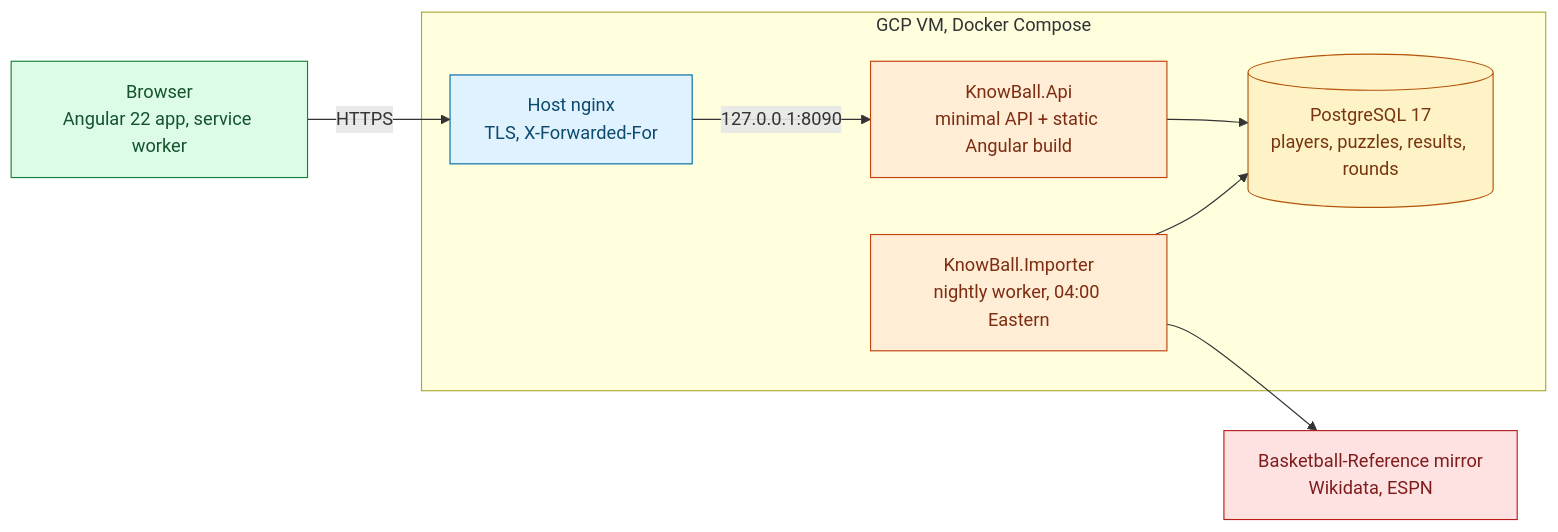
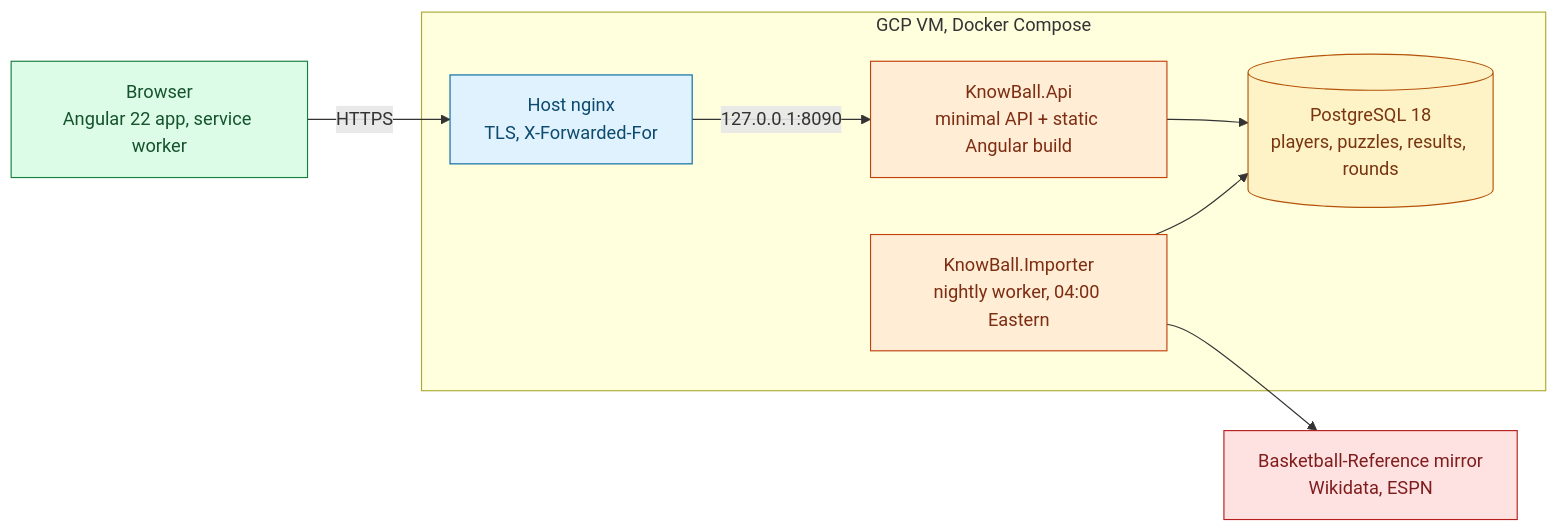
The diagram in README.md (natezimm/know-ball), drawn with Mermaid before and after one commit. The commit also changed other lines of this file and 24 other files, not shown here.

Commit message:
Upgrade Know Ball to .NET 11, Node 26 and PostgreSQL 18

````diff
--- a/README.md
+++ b/README.md
@@ -59,26 +59,26 @@
 ```mermaid
 flowchart LR
   Browser["Browser<br/>Angular 22 app, service worker"] -->|"HTTPS"| Nginx["Host nginx<br/>TLS, X-Forwarded-For"]
   Nginx -->|"127.0.0.1:8090"| Api["KnowBall.Api<br/>minimal API + static Angular build"]
-  Api --> Db[("PostgreSQL 17<br/>players, puzzles, results, rounds")]
+  Api --> Db[("PostgreSQL 18<br/>players, puzzles, results, rounds")]
   Importer["KnowBall.Importer<br/>nightly worker, 04:00 Eastern"] --> Db
   Importer --> Sources["Basketball-Reference mirror<br/>Wikidata, ESPN"]
 
   subgraph Vm["GCP VM, Docker Compose"]
     Nginx
     Api
     Importer
     Db
   end
 
   classDef client fill:#dcfce7,stroke:#15803d,color:#14532d
   classDef server fill:#ffedd5,stroke:#c2410c,color:#7c2d12
   classDef data fill:#fef3c7,stroke:#b45309,color:#78350f
   classDef site fill:#e0f2fe,stroke:#0369a1,color:#0c4a6e
   classDef external fill:#fee2e2,stroke:#b91c1c,color:#7f1d1d
   class Browser client
   class Nginx site
   class Api,Importer server
   class Db data
   class Sources external
 ```
````
